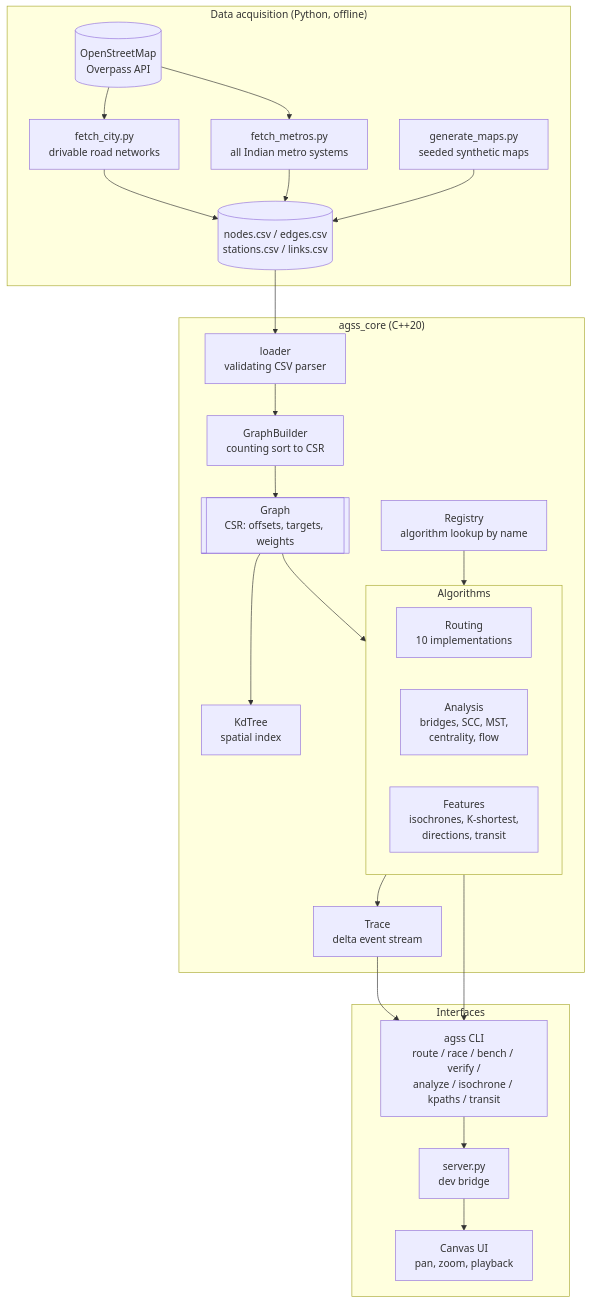
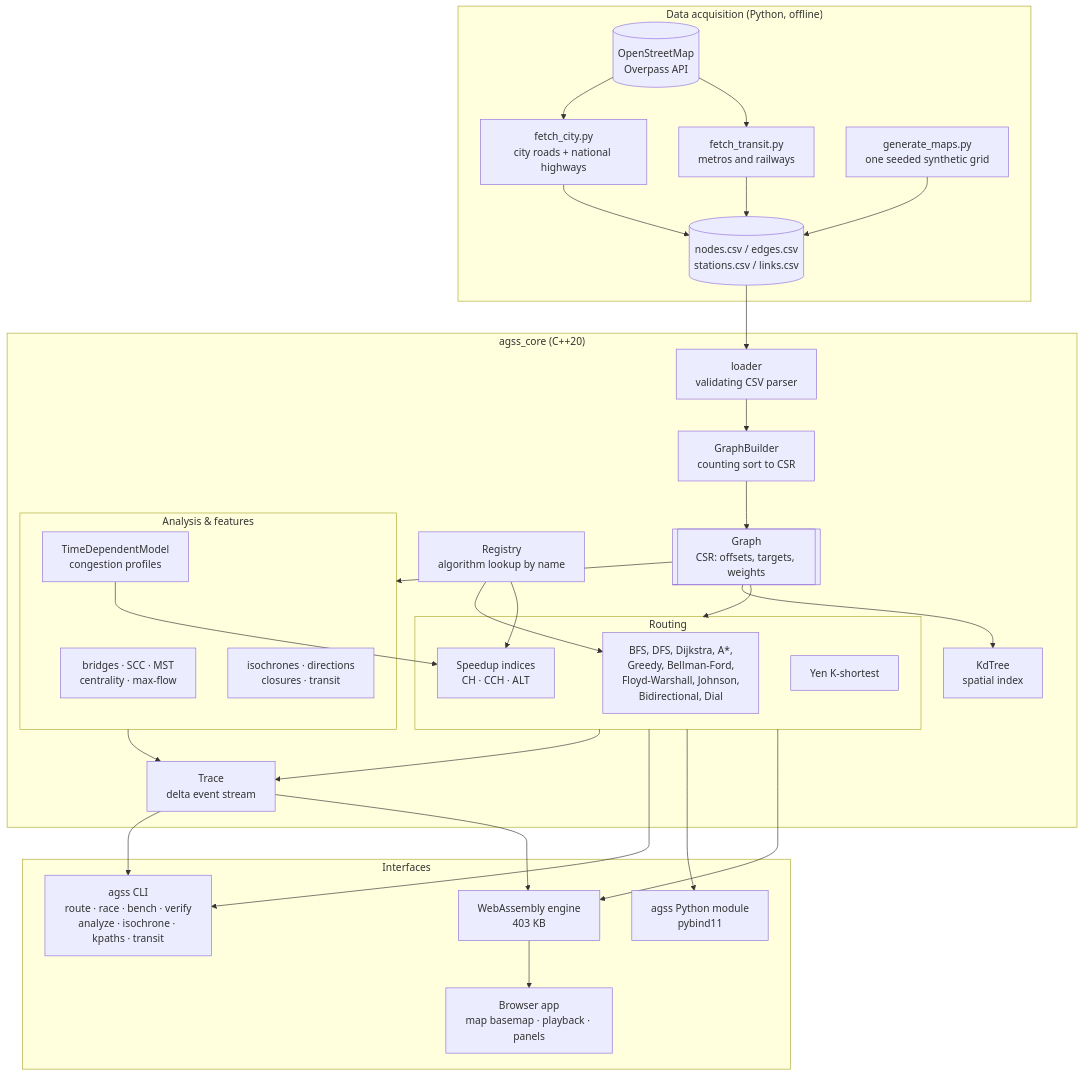
Before and after one commit to adarshcod30/Adaptive-Graph-Search-Suite: the first of 3 diagrams in README.md, drawn with Mermaid. The commit also changed other lines of this file and 1 other file, not shown here.

First line of the commit message:
Update the README for the new algorithms, data and benchmarks

````diff
--- a/README.md
+++ b/README.md
@@ -104,46 +147,60 @@
 ```mermaid
 flowchart TB
     subgraph Data["Data acquisition (Python, offline)"]
         OSM[("OpenStreetMap<br/>Overpass API")]
-        FC["fetch_city.py<br/>drivable road networks"]
-        FM["fetch_metros.py<br/>all Indian metro systems"]
-        GM["generate_maps.py<br/>seeded synthetic maps"]
+        FC["fetch_city.py<br/>city roads + national highways"]
+        FT["fetch_transit.py<br/>metros and railways"]
+        GM["generate_maps.py<br/>one seeded synthetic grid"]
         OSM --> FC
-        OSM --> FM
+        OSM --> FT
         FC --> CSV[("nodes.csv / edges.csv<br/>stations.csv / links.csv")]
-        FM --> CSV
+        FT --> CSV
         GM --> CSV
     end
 
     subgraph Core["agss_core (C++20)"]
         LD["loader<br/>validating CSV parser"]
         GB["GraphBuilder<br/>counting sort to CSR"]
         G[["Graph<br/>CSR: offsets, targets, weights"]]
         KD["KdTree<br/>spatial index"]
         REG["Registry<br/>algorithm lookup by name"]
 
-        subgraph Algos["Algorithms"]
-            R["Routing<br/>10 implementations"]
-            AN["Analysis<br/>bridges, SCC, MST,<br/>centrality, flow"]
-            FT["Features<br/>isochrones, K-shortest,<br/>directions, transit"]
+        subgraph Search["Routing"]
+            BASIC["BFS, DFS, Dijkstra, A*,<br/>Greedy, Bellman-Ford,<br/>Floyd-Warshall, Johnson,<br/>Bidirectional, Dial"]
+            SPEED["Speedup indices<br/>CH · CCH · ALT"]
+            YEN["Yen K-shortest"]
+        end
+
+        subgraph Study["Analysis & features"]
+            AN["bridges · SCC · MST<br/>centrality · max-flow"]
+            FT2["isochrones · directions<br/>closures · transit"]
+            TD["TimeDependentModel<br/>congestion profiles"]
         end
 
         TR["Trace<br/>delta event stream"]
         LD --> GB --> G
         G --> KD
-        G --> Algos
-        REG --> Algos
-        Algos --> TR
+        G --> Search
+        G --> Study
+        TD --> SPEED
+        REG --> BASIC
+        REG --> SPEED
+        Search --> TR
+        Study --> TR
     end
 
     subgraph Front["Interfaces"]
-        CLI["agss CLI<br/>route / race / bench / verify /<br/>analyze / isochrone / kpaths / transit"]
-        SRV["server.py<br/>dev bridge"]
-        UI["Canvas UI<br/>pan, zoom, playback"]
+        CLI["agss CLI<br/>route · race · bench · verify<br/>analyze · isochrone · kpaths · transit"]
+        PY["agss Python module<br/>pybind11"]
+        WASM["WebAssembly engine<br/>403 KB"]
+        UI["Browser app<br/>map basemap · playback · panels"]
     end
 
     CSV --> LD
-    Algos --> CLI
+    Search --> CLI
+    Search --> PY
+    Search --> WASM
     TR --> CLI
-    CLI --> SRV --> UI
+    TR --> WASM
+    WASM --> UI
 ```
````
